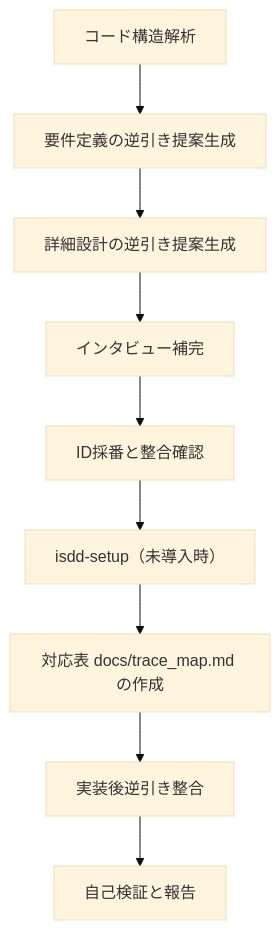
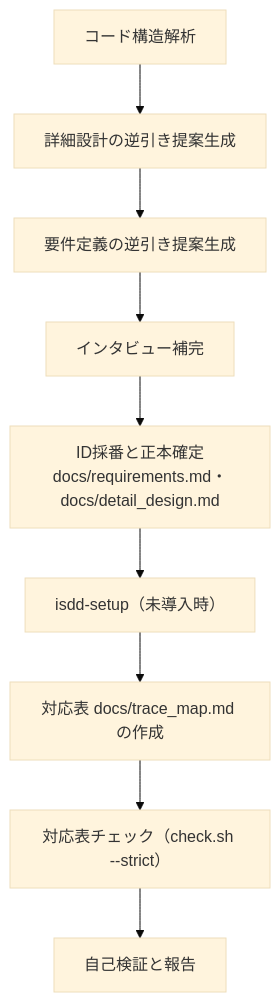
Before and after one commit to notfolder/isdd: the third of 4 diagrams in README.md, drawn with Mermaid (base theme). The commit also changed other lines of this file and 15 other files, not shown here.

````diff
--- a/README.md
+++ b/README.md
@@ -116,14 +118,14 @@
 ```mermaid
 graph TD
     A[コード構造解析]
-    B[要件定義の逆引き提案生成]
-    C[詳細設計の逆引き提案生成]
+    B[詳細設計の逆引き提案生成]
+    C[要件定義の逆引き提案生成]
     D[インタビュー補完]
-    E[ID採番と整合確認]
+    E[ID採番と正本確定\ndocs/requirements.md・docs/detail_design.md]
     E2[isdd-setup（未導入時）]
     F[対応表 docs/trace_map.md の作成]
-    G[実装後逆引き整合]
+    G[対応表チェック（check.sh --strict）]
     H[自己検証と報告]
 
     A --> B --> C --> D --> E --> E2 --> F --> G --> H
 ```
````
